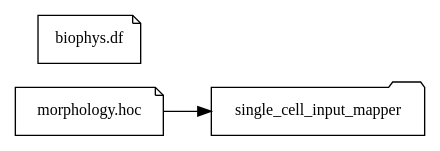
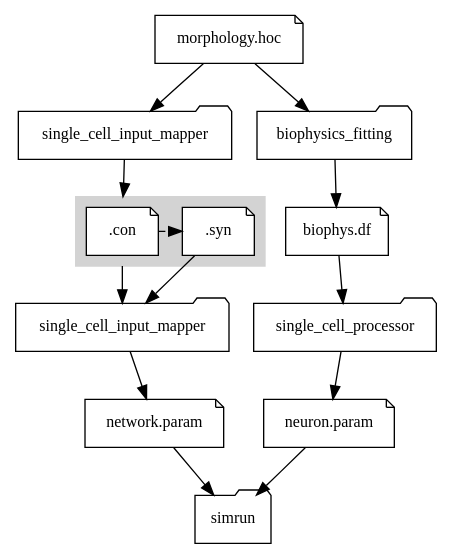
Before and after one commit to mpinb/in_silico_framework_hot_zone: the diagram in docs/paramfile_overview.rst, drawn with Graphviz. The commit also changed 1 other file, not shown here.

Commit message:
almost working subgraphs

```diff
--- a/docs/paramfile_overview.rst
+++ b/docs/paramfile_overview.rst
@@ -1,23 +1,63 @@
 .. graphviz::
-    :caption: Sphinx and GraphViz Data Flow
+    :caption: Overview of file formats.
     :alt: How Sphinx and GraphViz Render the Final Document
     :align: center
 
      digraph "sphinx-ext-graphviz" {
-         size="6,4";
-         rankdir="LR";
-         graph [fontname="Verdana", fontsize="12"];
-         node [fontname="Verdana", fontsize="12"];
-         edge [fontname="Sans", fontsize="9"];
+        compound=true;
+        rankdir="TB";
+        graph [fontname="Verdana", fontsize="12"];
+        node [fontname="Verdana", fontsize="12"];
+        edge [fontname="Sans", fontsize="9"];
 
-         morphology_file [label="morphology.hoc", shape="note", fontcolor=black,
+        morphology_file [label="morphology.hoc", shape="note", fontcolor=black,
                  fillcolor="white", style=filled,
                  xref=":ref:`hoc_file_format`"];
-         scim [label="single_cell_input_mapper", shape="folder",
-                 fontcolor=black, fillcolor="white", style=filled,
-                 xref=":py:mod:`singlecell_input_mapper`"];
-         biophys_df [label="biophys.df", shape="note", fontcolor=black,
+        syn [label=".syn", shape="note", fontcolor=black,
+                 fillcolor="white", style=filled,
+                 xref=":ref:`syn_file_format`"];
+        con [label=".con", shape="note", fontcolor=black,
+                 fillcolor="white", style=filled,
+                 xref=":ref:`con_file_format`"];
+        netp [label="network.param", shape="note", fontcolor=black,
+                fillcolor="white", style=filled,
+                xref=":ref:`network_parameters_format`"];
+        neup [label="neuron.param", shape="note", fontcolor=black,
+                fillcolor="white", style=filled,
+                xref=":ref:`cell_parameters_format`"];
+        biophys_df [label="biophys.df", shape="note", fontcolor=black,
                  fillcolor="white", style=filled];
 
-         morphology_file -> scim [label="", fontcolor="black", fontsize="10"];
+        scim [label="single_cell_input_mapper", shape="folder",
+                 xref=":py:mod:`singlecell_input_mapper`"];
+        scim2 [label="single_cell_input_mapper", shape="folder",
+                 xref=":py:mod:`singlecell_input_mapper`"];
+        scp [label="single_cell_processor", shape="folder",
+                xref=":py:mod:`single_cell_parser`"];
+        simrun [label="simrun", shape="folder",
+                 xref=":py:mod:`simrun`"];
+        biophysics_fitting [label="biophysics_fitting", shape="folder",
+                 xref=":py:mod:`biophysics_fitting`"];
+
+        subgraph cluster_syncon {
+		style=filled;
+                rankdir="LR";
+		color=lightgrey;
+		con -> syn [label = "", style=dashed, constraint=false];
+		label = "";
+	}
+
+        morphology_file -> biophysics_fitting ;
+        biophysics_fitting -> biophys_df ;
+        biophys_df -> scp ;
+        scp -> neup ;
+        neup -> simrun ;
+
+        morphology_file -> scim;
+        scim -> con [lhead=cluster_syncon];
+        con -> scim2 [ltail=cluster_syncon];
+        syn -> scim2 ;
+        scim2 -> netp ;
+        netp -> simrun ;
+
      }
```
